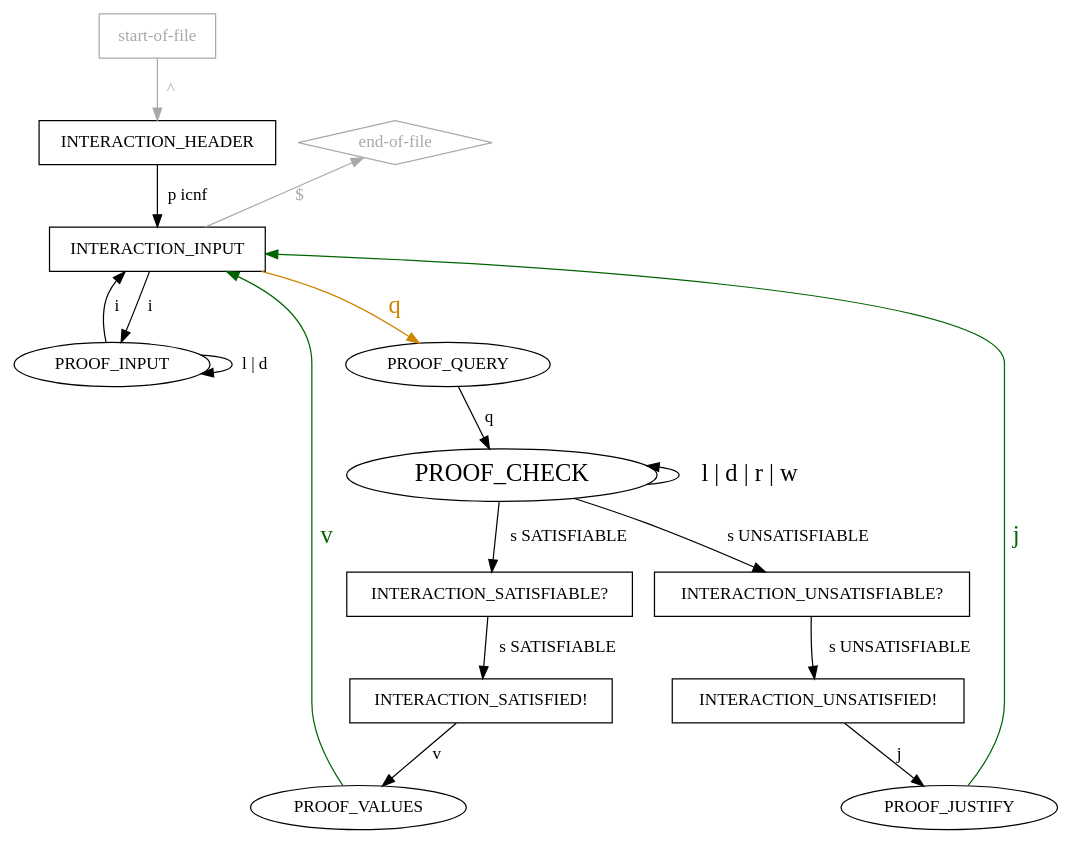
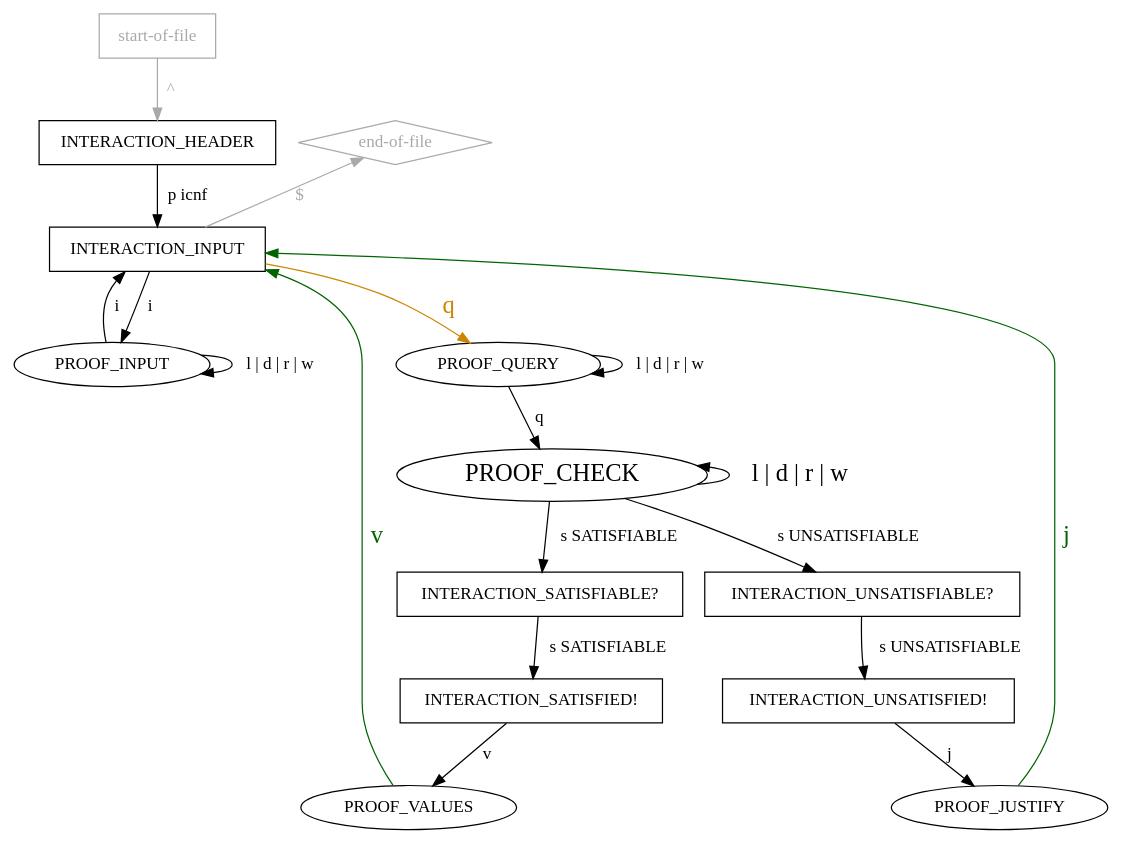
Before and after one commit to arminbiere/lidrup-check: the diagram in idrup-check-pedantic-clear.dot, drawn with Graphviz. The commit also changed 7 other files, not shown here.

```diff
--- a/idrup-check-pedantic-clear.dot
+++ b/idrup-check-pedantic-clear.dot
@@ -1,43 +1,44 @@
 digraph "idrup-check" {
 
   "start-of-file" [shape=box,color=darkgray,fontcolor=darkgray];
   "start-of-file" -> INTERACTION_HEADER [label=" ^ ",weight=2,color=darkgray,fontcolor=darkgray];
 
   "end-of-file" [shape=diamond,color=darkgray,fontcolor=darkgray];
 
   // INTERACTION_HEADER -> "end-of-file";
   // INTERACTION_INPUT -> "end-of-file";
    "end-of-file" -> INTERACTION_INPUT [label="$    ",dir=back,fontcolor=darkgray,color=darkgray];
 
   INTERACTION_HEADER [shape=box];
   INTERACTION_HEADER -> INTERACTION_INPUT [label=" p icnf ",weight=2];
 
   INTERACTION_INPUT [shape=box];
   INTERACTION_INPUT -> PROOF_INPUT [label=" i ",weight=2];
   INTERACTION_INPUT -> PROOF_QUERY [label=" q ",weight=2,color=orange3,fontsize=20,fontcolor=orange3];
 
   PROOF_INPUT -> INTERACTION_INPUT [label=" i ",weight=3];
-  PROOF_INPUT -> PROOF_INPUT [label=" l | d "];
+  PROOF_INPUT -> PROOF_INPUT [label=" l | d | r | w"];
 
   PROOF_QUERY -> PROOF_CHECK [label=" q "];
+  PROOF_QUERY -> PROOF_QUERY [label=" l | d | r | w"];
 
   PROOF_CHECK [fontsize=20];
   PROOF_CHECK -> PROOF_CHECK [label=" l | d | r | w ",dir=back,fontsize=20];
   PROOF_CHECK -> INTERACTION_SATISFIABLE [label=" s SATISFIABLE "];
   PROOF_CHECK -> INTERACTION_UNSATISFIABLE [label=" s UNSATISFIABLE "];
 
   INTERACTION_UNSATISFIABLE [shape="box",label="INTERACTION_UNSATISFIABLE?"];
   INTERACTION_UNSATISFIABLE -> INTERACTION_UNSATISFIED [label=" s UNSATISFIABLE "];
 
   INTERACTION_SATISFIABLE [shape="box",label="INTERACTION_SATISFIABLE?"];
   INTERACTION_SATISFIABLE -> INTERACTION_SATISFIED [label=" s SATISFIABLE "];
 
   INTERACTION_SATISFIED [shape=box,label="INTERACTION_SATISFIED!"];
   INTERACTION_SATISFIED -> PROOF_VALUES [label=" v "];
 
   INTERACTION_UNSATISFIED [shape=box,label="INTERACTION_UNSATISFIED!"];
   INTERACTION_UNSATISFIED -> PROOF_JUSTIFY [label=" j "];
 
   PROOF_VALUES -> INTERACTION_INPUT [label=" v ",color=darkgreen,fontsize=20,fontcolor=darkgreen];
   PROOF_JUSTIFY -> INTERACTION_INPUT [label=" j ",color=darkgreen,fontsize=20,fontcolor=darkgreen];
 }
```
